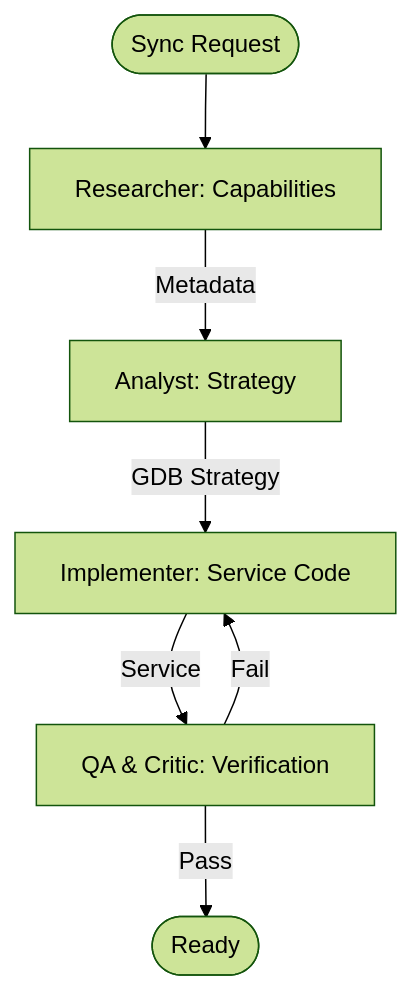
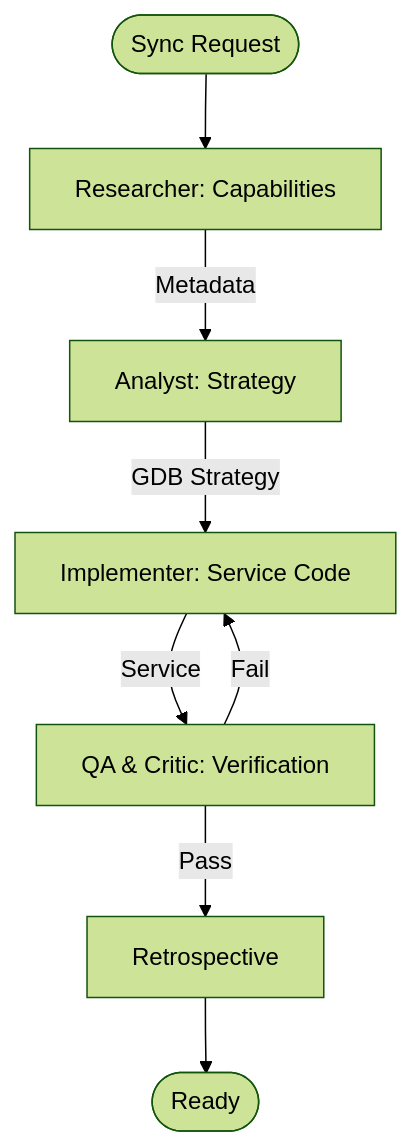
The diagram in custom-agents/workflows/arcgis/OfflineSync.workflow.md (seanspiesman/Agents-and-Workflows), drawn with Mermaid (forest theme) before and after one commit. The commit also changed other lines of this file and 38 other files, not shown here.

````diff
--- a/custom-agents/workflows/arcgis/OfflineSync.workflow.md
+++ b/custom-agents/workflows/arcgis/OfflineSync.workflow.md
@@ -59,9 +67,10 @@
 ```mermaid
 flowchart TD
     Start([Sync Request]) --> P1[Researcher: Capabilities]
     P1 -->|Metadata| P2[Analyst: Strategy]
     P2 -->|GDB Strategy| P3[Implementer: Service Code]
     P3 -->|Service| P4[QA & Critic: Verification]
-    P4 -->|Pass| End([Ready])
+    P4 -->|Pass| P5[Retrospective]
+    P5 --> End([Ready])
     P4 -->|Fail| P3
 ```
````
